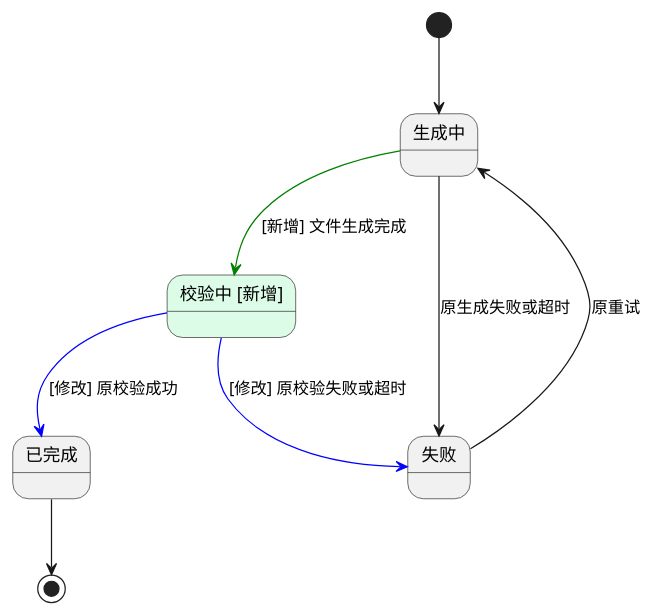
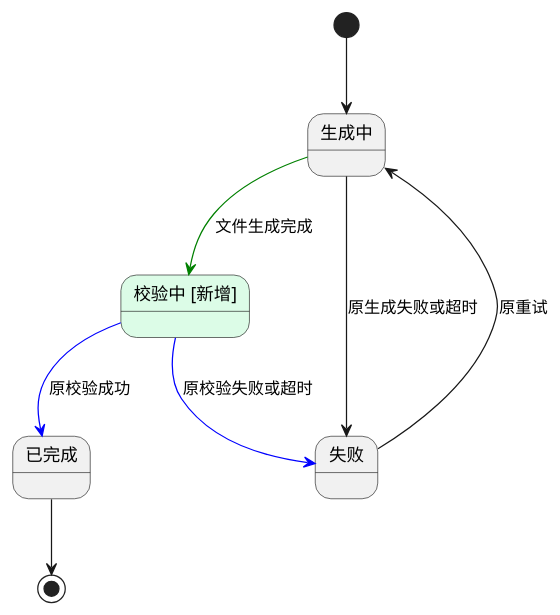
One commit to Leeycw96/harness-project changed the diagram in keel-plan/skills/keel-plan/assets/incremental-example.review.md. Above: the diagram before and after it, drawn with PlantUML. The commit also changed 13 other files, not shown here.

````diff
--- a/keel-plan/skills/keel-plan/assets/incremental-example.review.md
+++ b/keel-plan/skills/keel-plan/assets/incremental-example.review.md
@@ -14,15 +14,15 @@
 ```plantuml
 @startuml
 state "生成中" as RUNNING
 state "校验中 [新增]" as VERIFYING #DCFCE7
 state "已完成" as COMPLETED
 state "失败" as FAILED
 [*] --> RUNNING
-RUNNING -[#green]-> VERIFYING : [新增] 文件生成完成
-VERIFYING -[#blue]-> COMPLETED : [修改] 原校验成功
-VERIFYING -[#blue]-> FAILED : [修改] 原校验失败或超时
+RUNNING -[#green]-> VERIFYING : 文件生成完成
+VERIFYING -[#blue]-> COMPLETED : 原校验成功
+VERIFYING -[#blue]-> FAILED : 原校验失败或超时
 RUNNING --> FAILED : 原生成失败或超时
 FAILED --> RUNNING : 原重试
 COMPLETED --> [*]
 @enduml
 ```
````
